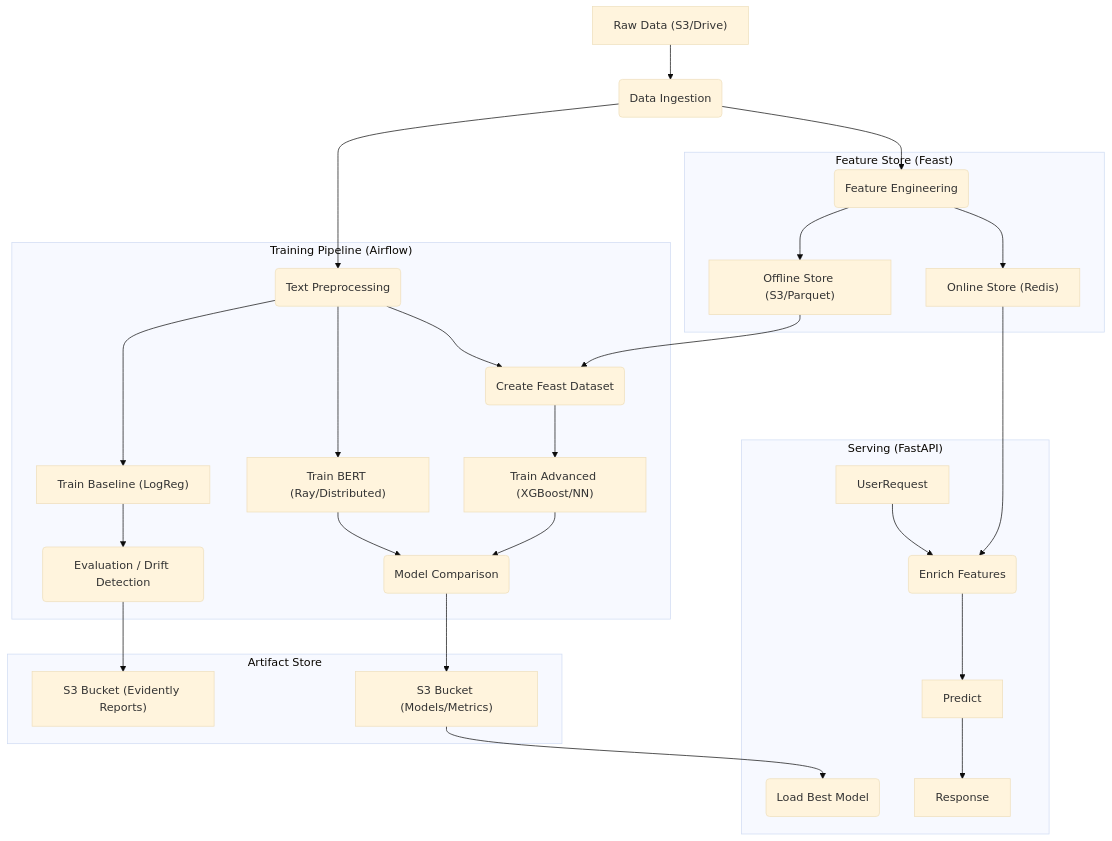
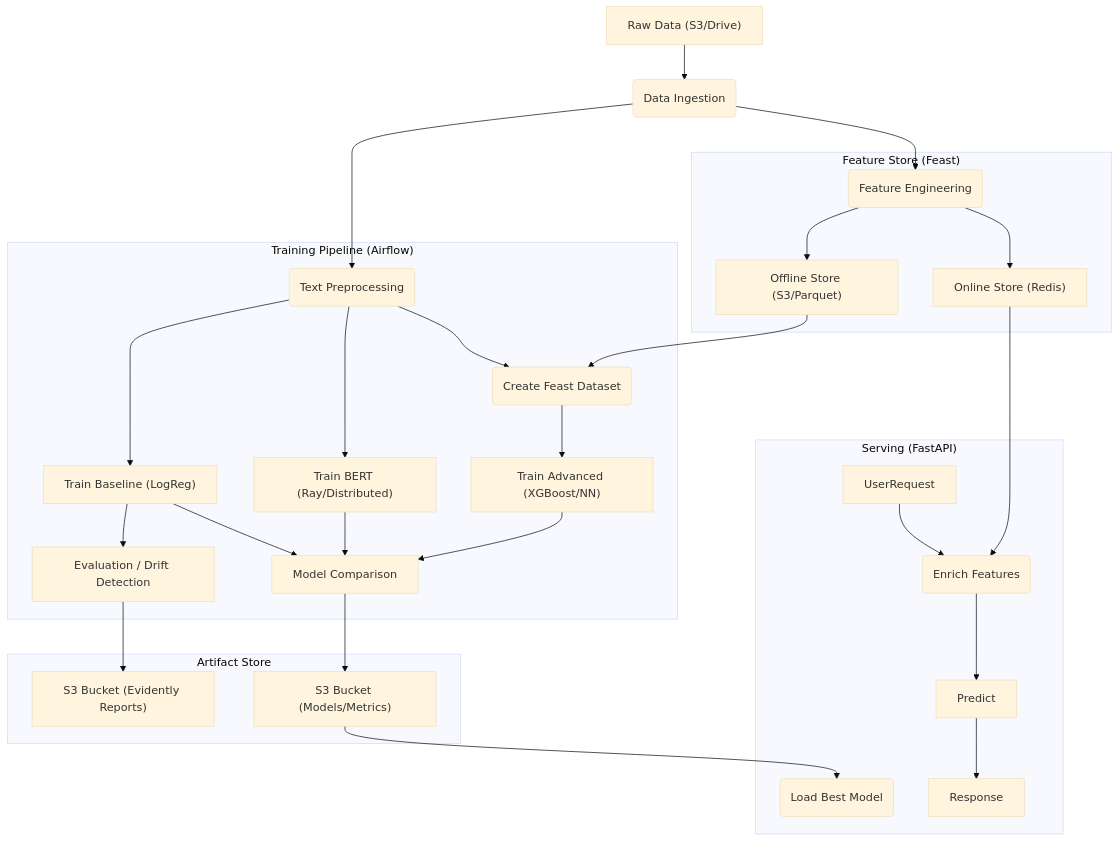
Before and after one commit to BalajiGurusala/AI: the diagram in Projects/IMDB_Spoiler_Shield/README.md, drawn with Mermaid (base theme). The commit also changed other lines of this file and 2 other files, not shown here.

Commit message:
Updated README.md file Baseline comparision

````diff
--- a/Projects/IMDB_Spoiler_Shield/README.md
+++ b/Projects/IMDB_Spoiler_Shield/README.md
@@ -9,35 +9,36 @@
 ```mermaid
 graph TD
     Data["Raw Data (S3/Drive)"] --> Ingest("Data Ingestion")
     Ingest --> Preprocess("Text Preprocessing")
     Ingest --> FeatureEng("Feature Engineering")
     
     subgraph "Feature Store (Feast)"
         FeatureEng --> Offline["Offline Store (S3/Parquet)"]
         FeatureEng --> Online["Online Store (Redis)"]
     end
     
     subgraph "Training Pipeline (Airflow)"
         Preprocess --> Baseline["Train Baseline (LogReg)"]
         Preprocess --> BERT["Train BERT (Ray/Distributed)"]
         
         Offline --> CreateDS("Create Feast Dataset")
         Preprocess --> CreateDS
         CreateDS --> Advanced["Train Advanced (XGBoost/NN)"]
         
-        Baseline --> Eval("Evaluation / Drift Detection")
-        BERT --> Compare("Model Comparison")
+        Baseline --> Eval["Evaluation / Drift Detection"]
+        Baseline --> Compare["Model Comparison"]
+        BERT --> Compare
         Advanced --> Compare
     end
     
     subgraph "Artifact Store"
         Compare --> S3Artifacts["S3 Bucket (Models/Metrics)"]
         Eval --> S3Reports["S3 Bucket (Evidently Reports)"]
     end
     
     subgraph "Serving (FastAPI)"
         S3Artifacts --> LoadModel("Load Best Model")
         Online --> Enrich("Enrich Features")
         UserRequest --> Enrich --> Predict --> Response
     end
 ```
````
